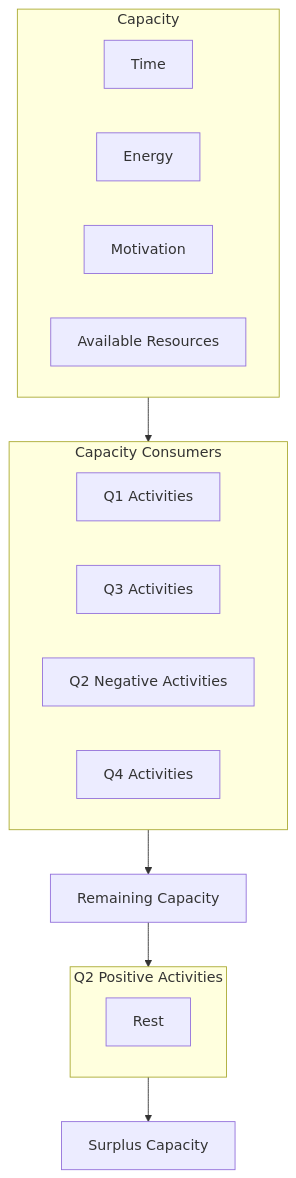
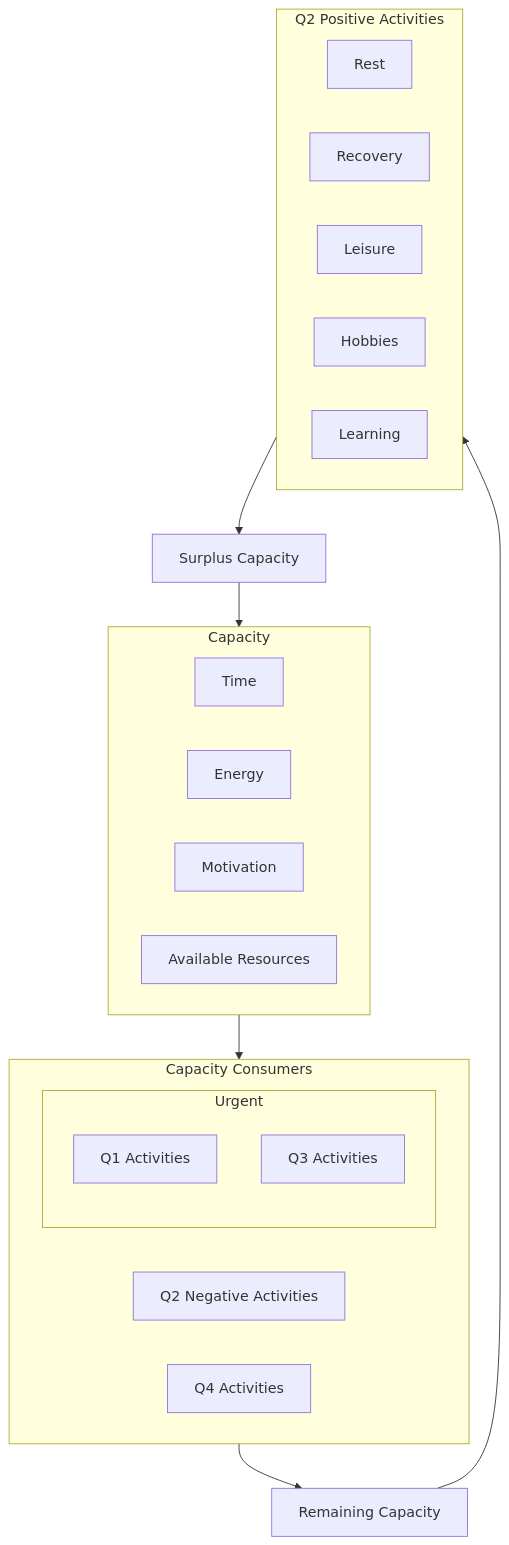
One commit to iamharryliu/vigilant-broccoli changed the second of 3 diagrams in notes/life-skills/productivity.md. Above: the diagram before and after it, drawn with Mermaid. The commit also changed other lines of this file and 2 other files, not shown here.

Commit message:
docs(notes): Update Markdown notes.

````diff
--- a/notes/life-skills/productivity.md
+++ b/notes/life-skills/productivity.md
@@ -32,33 +33,39 @@
 ```mermaid
 flowchart TD
 
 Q1[Q1 Activities]
 Q3[Q3 Activities]
 
 subgraph C[Capacity]
   Time[Time]
   Energy[Energy]
   Motivation[Motivation]
   Resources[Available Resources]
-end 
+end
 
 subgraph E[Capacity Consumers]
-  Q1[Q1 Activities]
+  subgraph U[Urgent]
+    Q1[Q1 Activities]
+    Q3[Q3 Activities]
+  end
   Q2N[Q2 Negative Activities]
-  Q3[Q3 Activities]
   Q4[Q4 Activities]
 end
 
 subgraph Q2P[Q2 Positive Activities ]
   Q21[Rest]
+  Q22[Recovery]
+  Q23[Leisure]
+  Q24[Hobbies]
+  Q25[Learning]
 end
 
-SC[Surplus Capacity]
+SC[Surplus Capacity]-->C
 
 
 C --> E
 E --> RC
 RC[Remaining Capacity]
 RC --> Q2P
 Q2P --> SC
 ```
````
